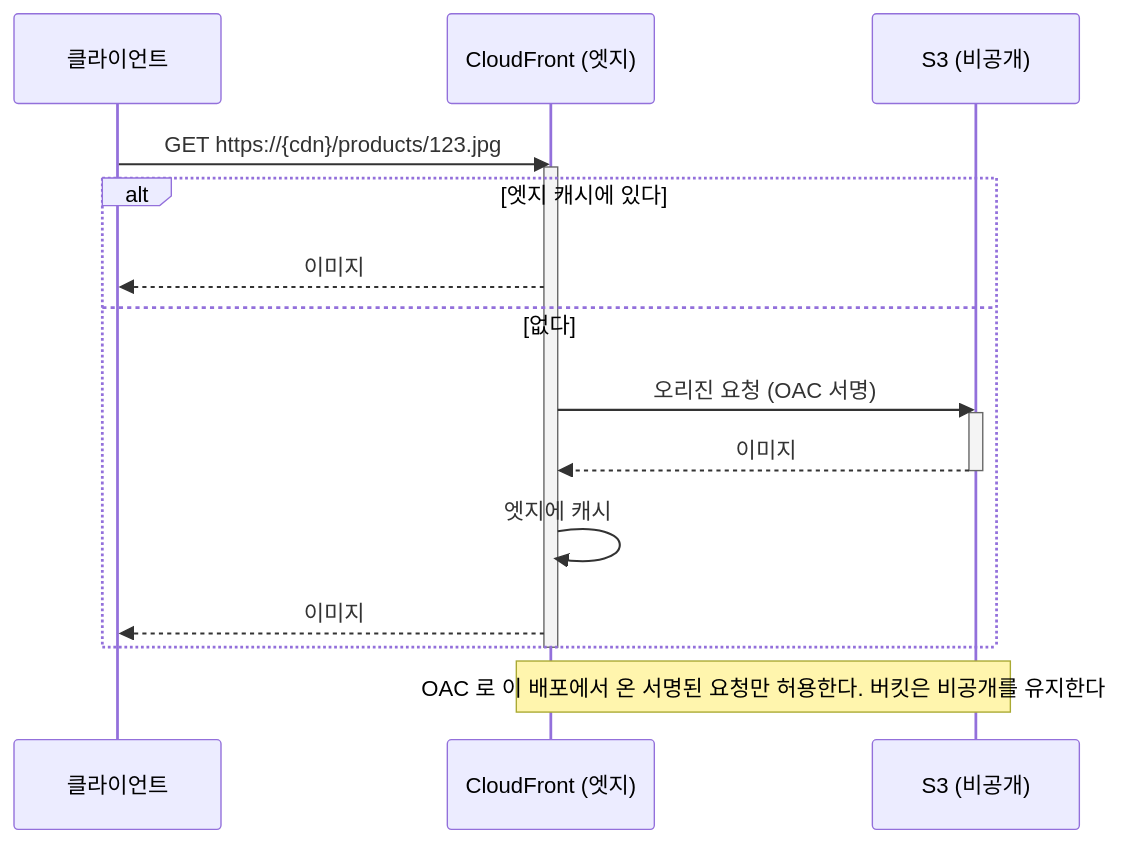
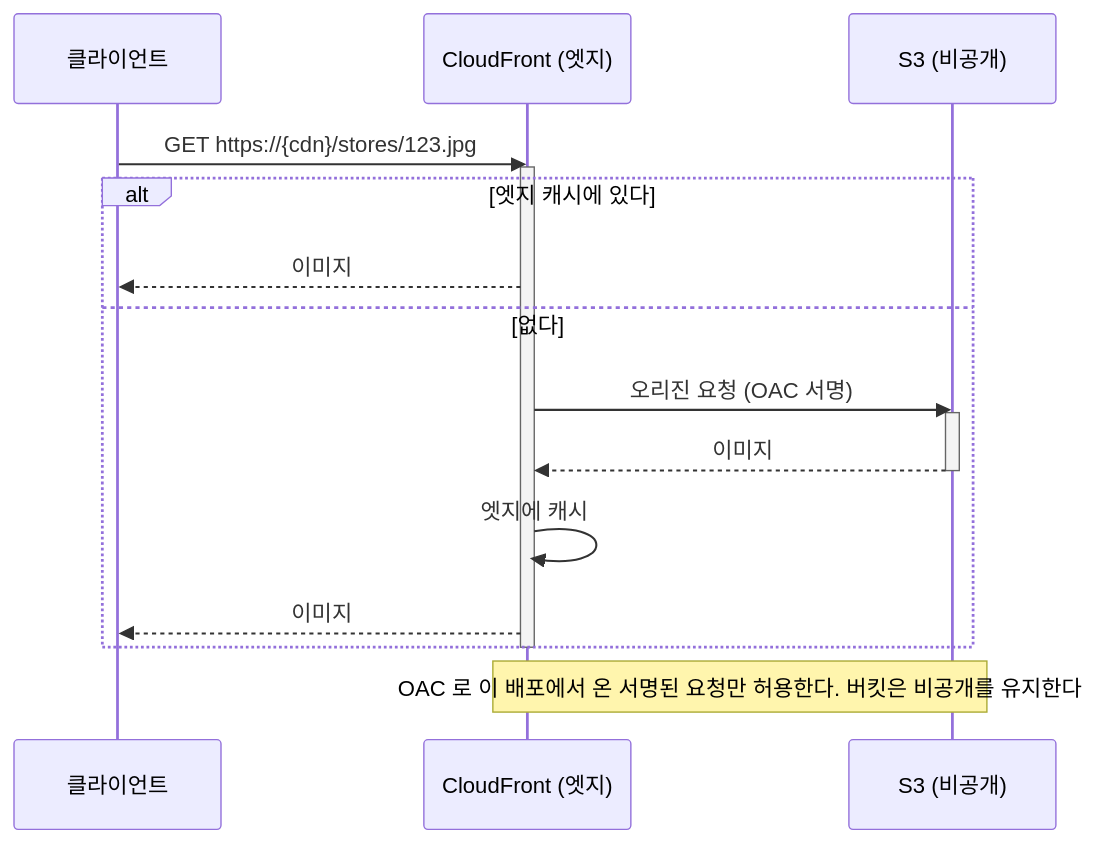
Before and after one commit to lunch-catch/lc-infra: the third of 8 diagrams in docs/system-design/백엔드공통_이미지저장소_설계.md, drawn with Mermaid. The commit also changed other lines of this file, not shown here.

````diff
--- a/docs/system-design/백엔드공통_이미지저장소_설계.md
+++ b/docs/system-design/백엔드공통_이미지저장소_설계.md
@@ -110,22 +127,22 @@
 ```mermaid
 sequenceDiagram
     participant C as 클라이언트
     participant F as CloudFront (엣지)
     participant S as S3 (비공개)
 
-    C->>F: GET https://{cdn}/products/123.jpg
+    C->>F: GET https://{cdn}/stores/123.jpg
     activate F
     alt 엣지 캐시에 있다
         F-->>C: 이미지
     else 없다
         F->>S: 오리진 요청 (OAC 서명)
         activate S
         S-->>F: 이미지
         deactivate S
         F->>F: 엣지에 캐시
         F-->>C: 이미지
     end
     deactivate F
 
     Note over F,S: OAC 로 이 배포에서 온 서명된 요청만 허용한다. 버킷은 비공개를 유지한다
 ```
````
